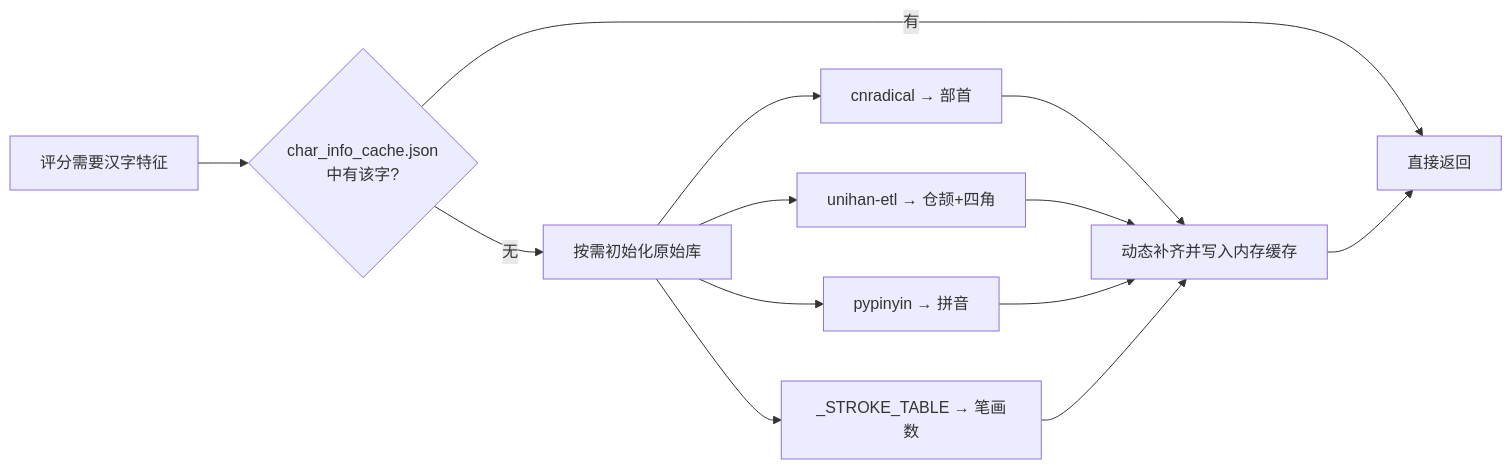
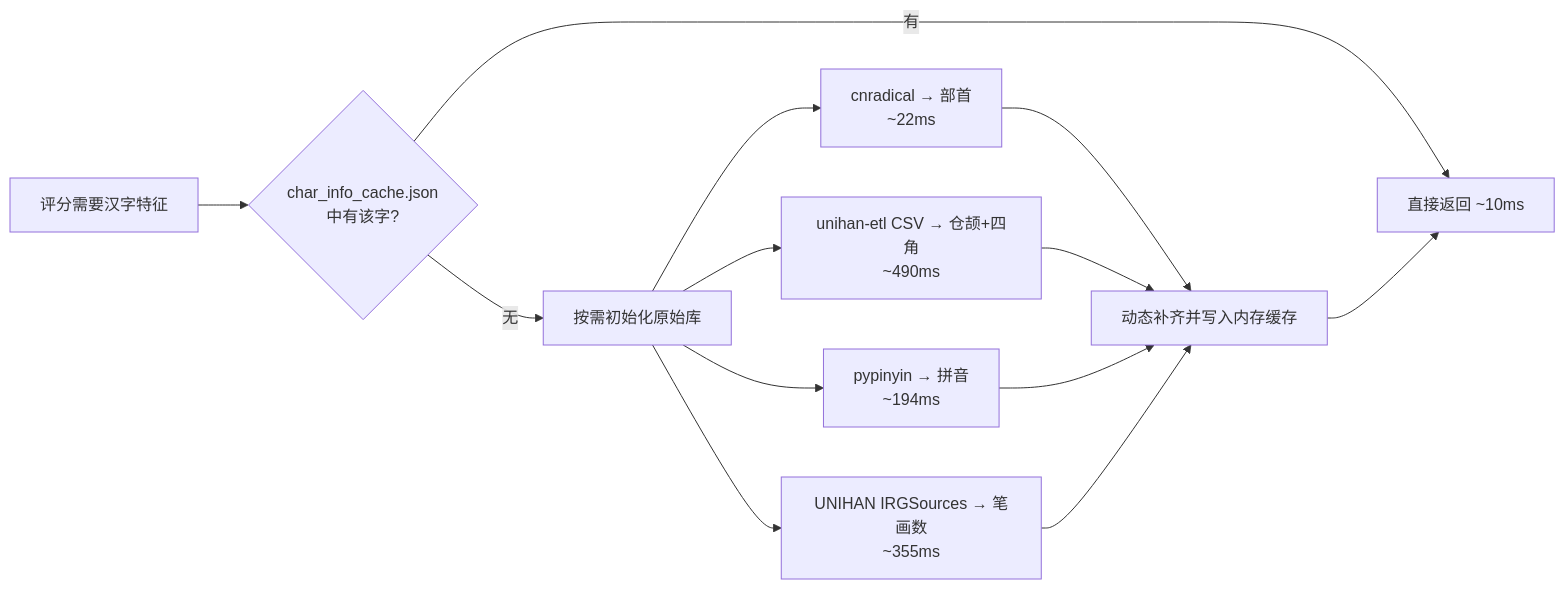
One commit to CXH0920/mjs_agent_project changed the diagram in docs/spec/spec_capture_ocr.md. Above: the diagram before and after it, drawn with Mermaid. The commit also changed other lines of this file, not shown here.

Commit message:
docs: 更新spec_capture_ocr.md规范文档——修改规则3.5、规则3.6

````diff
--- a/docs/spec/spec_capture_ocr.md
+++ b/docs/spec/spec_capture_ocr.md
@@ -105,15 +105,15 @@
 ```mermaid
 flowchart LR
     A[评分需要汉字特征] --> B{char_info_cache.json<br>中有该字?}
-    B -->|有| C[直接返回]
+    B -->|有| C[直接返回 ~10ms]
     B -->|无| D[按需初始化原始库]
-    D --> E[cnradical → 部首]
-    D --> F[unihan-etl → 仓颉+四角]
-    D --> G[pypinyin → 拼音]
-    D --> H[_STROKE_TABLE → 笔画数]
+    D --> E[cnradical → 部首<br>~22ms]
+    D --> F[unihan-etl CSV → 仓颉+四角<br>~490ms]
+    D --> G[pypinyin → 拼音<br>~194ms]
+    D --> H[UNIHAN IRGSources → 笔画数<br>~355ms]
     E --> I[动态补齐并写入内存缓存]
     F --> I
     G --> I
     H --> I
     I --> C
 ```
````
